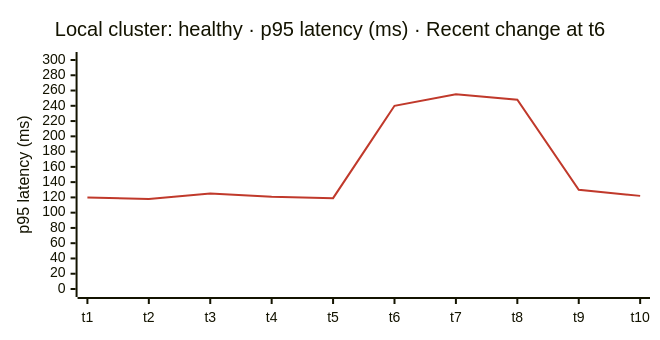
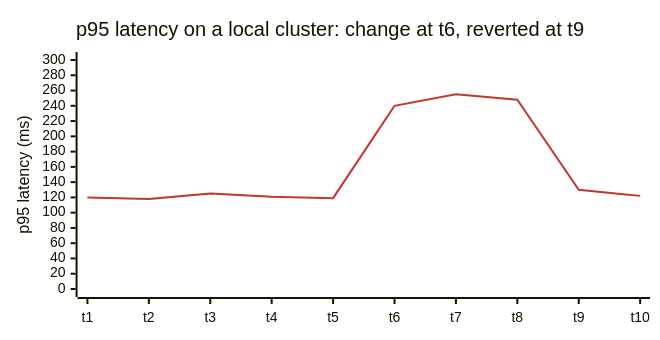
The diagram in _essay-human-map/diagrams/05-local-dashboard.mmd (yogeshpowar/blog), drawn with Mermaid before and after one commit. The commit also changed 18 other files, not shown here.

```diff
--- a/_essay-human-map/diagrams/05-local-dashboard.mmd
+++ b/_essay-human-map/diagrams/05-local-dashboard.mmd
@@ -1,9 +1,9 @@
 %%{init: {"xyChart": {"width": 640, "height": 320}, "themeVariables": {"xyChart": {"plotColorPalette": "#c0392b"}}}}%%
 %% Chapter 6: generic local dashboard. Illustrative values only, not real data.
-%% Mermaid xycharts have no annotations, so the "Recent change" marker and the
-%% cluster status are carried in the title.
+%% Mermaid xycharts have no annotations, so the change and the revert are
+%% carried in the title.
 xychart-beta
-    title "Local cluster: healthy · p95 latency (ms) · Recent change at t6"
+    title "p95 latency on a local cluster: change at t6, reverted at t9"
     x-axis [t1, t2, t3, t4, t5, t6, t7, t8, t9, t10]
     y-axis "p95 latency (ms)" 0 --> 300
     line [120, 118, 125, 121, 119, 240, 255, 248, 130, 122]
```
